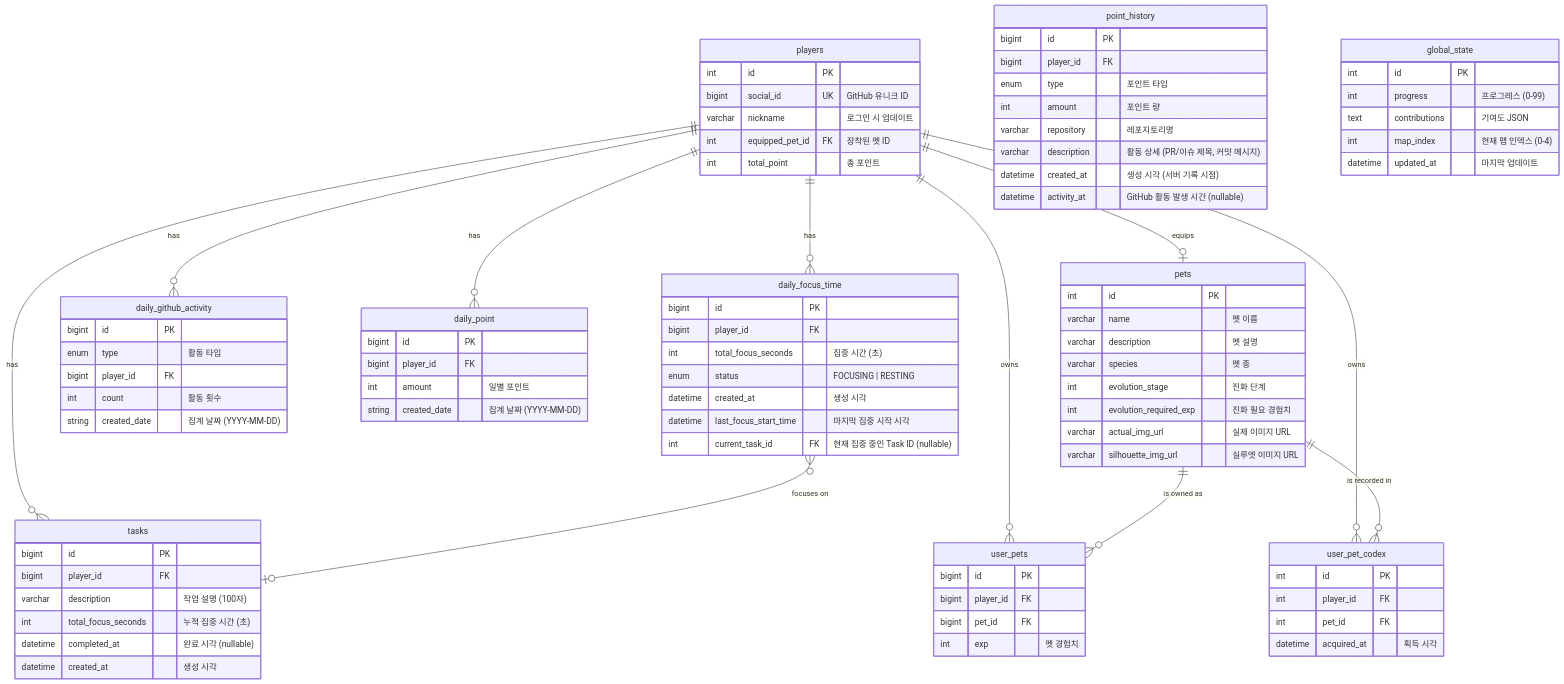
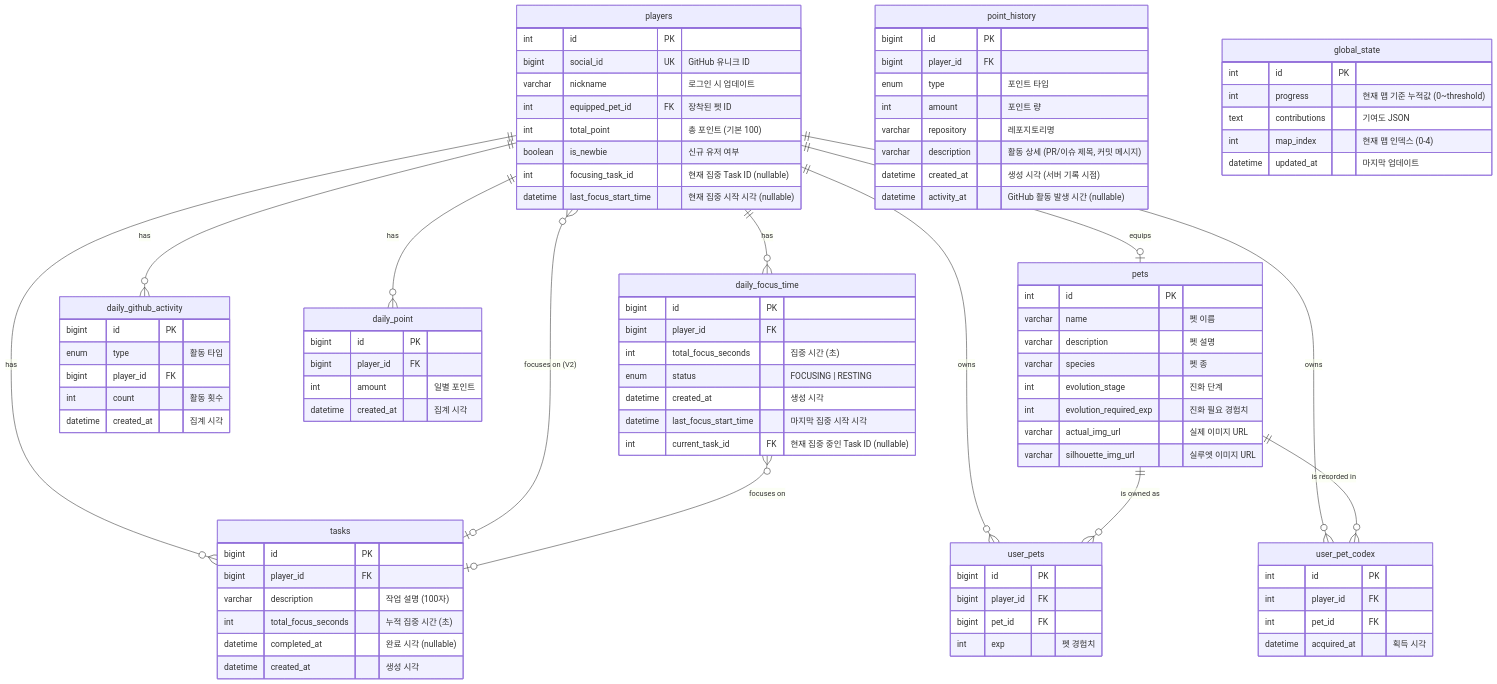
One commit to boostcampwm2025/web19-estrogenquattro changed the diagram in docs/guides/ERD.md. Above: the diagram before and after it, drawn with Mermaid. The commit also changed other lines of this file and 97 other files, not shown here.

```diff
--- a/docs/guides/ERD.md
+++ b/docs/guides/ERD.md
@@ -19,6 +19,7 @@
     pets ||--o{ user_pets : "is owned as"
     pets ||--o{ user_pet_codex : "is recorded in"
     players ||--o| pets : "equips"
+    players }o--o| tasks : "focuses on (V2)"
     daily_focus_time }o--o| tasks : "focuses on"
 
     players {
@@ -26,7 +27,10 @@
         bigint social_id UK "GitHub 유니크 ID"
         varchar nickname "로그인 시 업데이트"
         int equipped_pet_id FK "장착된 펫 ID"
-        int total_point "총 포인트"
+        int total_point "총 포인트 (기본 100)"
+        boolean is_newbie "신규 유저 여부"
+        int focusing_task_id "현재 집중 Task ID (nullable)"
+        datetime last_focus_start_time "현재 집중 시작 시각 (nullable)"
     }
 
     tasks {
@@ -71,14 +75,14 @@
         enum type "활동 타입"
         bigint player_id FK
         int count "활동 횟수"
-        string created_date "집계 날짜 (YYYY-MM-DD)"
+        datetime created_at "집계 시각"
     }
 
     daily_point {
         bigint id PK
         bigint player_id FK
         int amount "일별 포인트"
-        string created_date "집계 날짜 (YYYY-MM-DD)"
+        datetime created_at "집계 시각"
     }
 
     point_history {
@@ -101,7 +105,7 @@
 
     global_state {
         int id PK
-        int progress "프로그레스 (0-99)"
+        int progress "현재 맵 기준 누적값 (0~threshold)"
         text contributions "기여도 JSON"
         int map_index "현재 맵 인덱스 (0-4)"
         datetime updated_at "마지막 업데이트"
```
